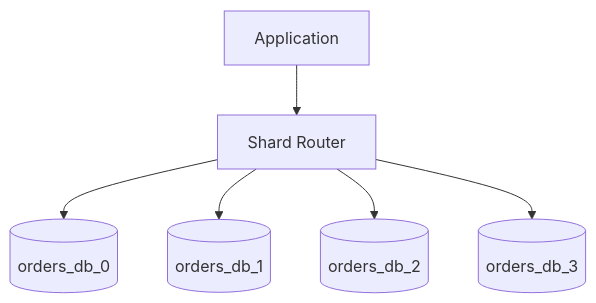
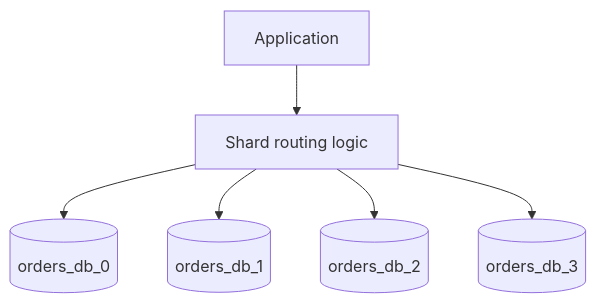
The ninth of 19 diagrams in HLD_NOTES/003_TECHNOLOGY_DEEP_DIVE/rdbms/database_v2.md (mthaiseer/springcloud-systemdesign-notes), drawn with Mermaid before and after one commit. The commit also changed other lines of this file, not shown here.

````diff
--- a/HLD_NOTES/003_TECHNOLOGY_DEEP_DIVE/rdbms/database_v2.md
+++ b/HLD_NOTES/003_TECHNOLOGY_DEEP_DIVE/rdbms/database_v2.md
@@ -618,9 +603,8 @@
 ```mermaid
 flowchart TD
-    APP[Application]
-    APP --> ROUTER[Shard Router]
-    ROUTER --> S0[(orders_db_0)]
-    ROUTER --> S1[(orders_db_1)]
-    ROUTER --> S2[(orders_db_2)]
-    ROUTER --> S3[(orders_db_3)]
+    App[Application] --> Router[Shard routing logic]
+    Router --> S0[(orders_db_0)]
+    Router --> S1[(orders_db_1)]
+    Router --> S2[(orders_db_2)]
+    Router --> S3[(orders_db_3)]
 ```
````
